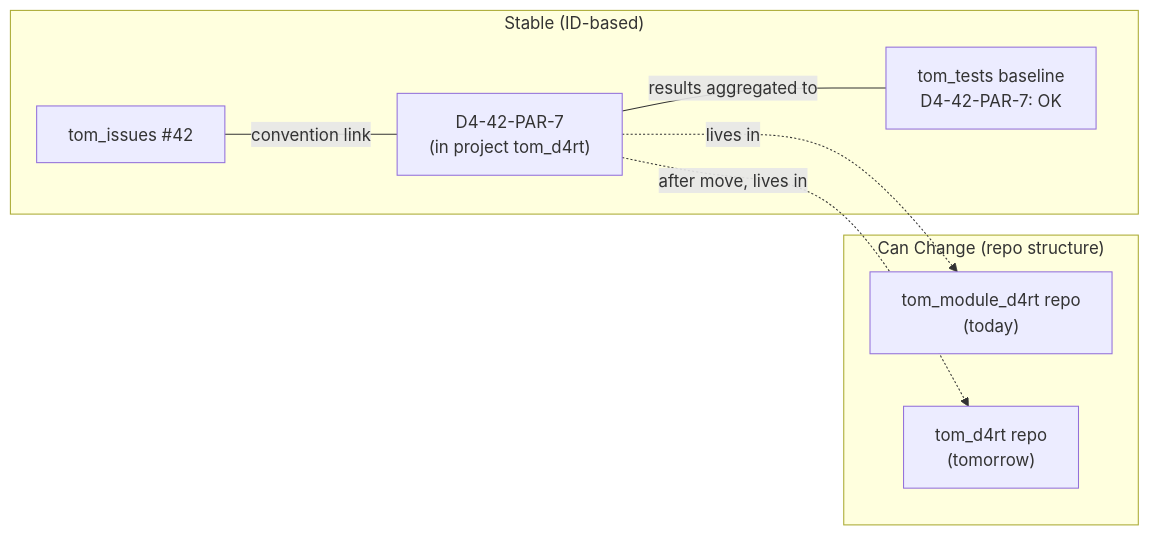
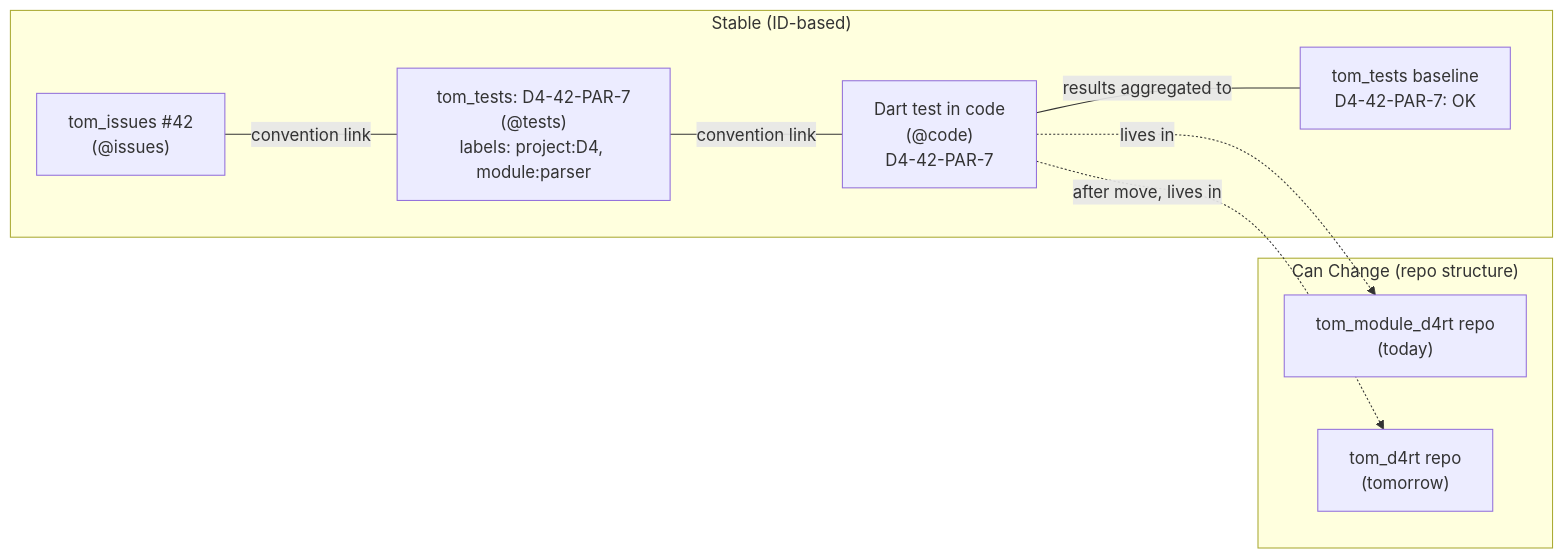
The third of 10 diagrams in tom_issue_kit/doc/issue_tracking.md (al-the-bear/tom_module_basics), drawn with Mermaid before and after one commit. The commit also changed other lines of this file and 1 other file, not shown here.

First line of the commit message:
docs: architectural redesign — two issue trackers, @issues/@tests/@code terminology, nightly backup

````diff
--- a/tom_issue_kit/doc/issue_tracking.md
+++ b/tom_issue_kit/doc/issue_tracking.md
@@ -138,18 +219,20 @@
 ```mermaid
 graph LR
     subgraph "Stable (ID-based)"
-        ISS["tom_issues #42"]
-        TEST["D4-42-PAR-7<br/>(in project tom_d4rt)"]
+        ISS["tom_issues #42<br/>(@issues)"]
+        TEST["tom_tests: D4-42-PAR-7<br/>(@tests)<br/>labels: project:D4, module:parser"]
+        CODE["Dart test in code<br/>(@code)<br/>D4-42-PAR-7"]
         RESULT["tom_tests baseline<br/>D4-42-PAR-7: OK"]
     end
 
     subgraph "Can Change (repo structure)"
         R1["tom_module_d4rt repo<br/>(today)"]
         R2["tom_d4rt repo<br/>(tomorrow)"]
     end
 
     ISS ---|"convention link"| TEST
-    TEST ---|"results aggregated to"| RESULT
-    TEST -.->|"lives in"| R1
-    TEST -.->|"after move, lives in"| R2
+    TEST ---|"convention link"| CODE
+    CODE ---|"results aggregated to"| RESULT
+    CODE -.->|"lives in"| R1
+    CODE -.->|"after move, lives in"| R2
 ```
````
